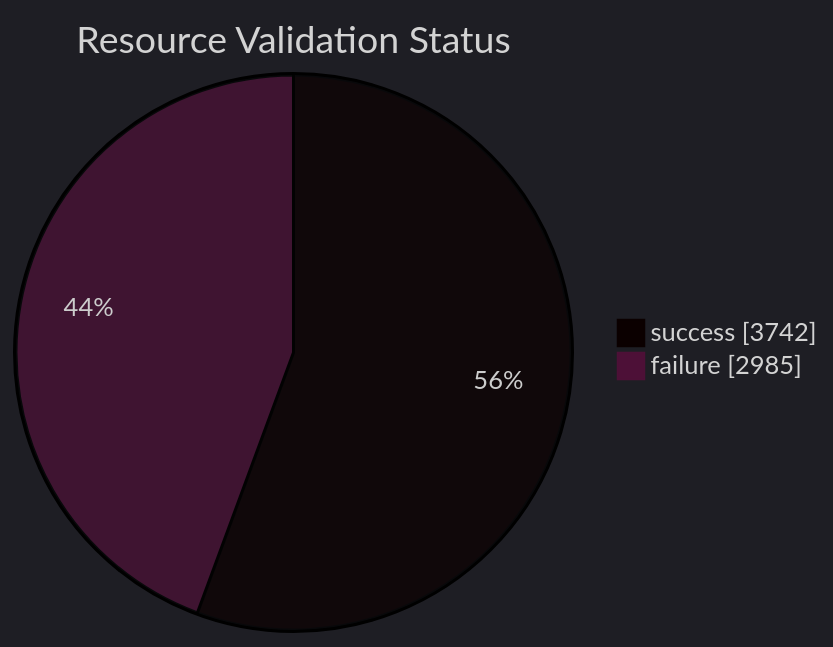
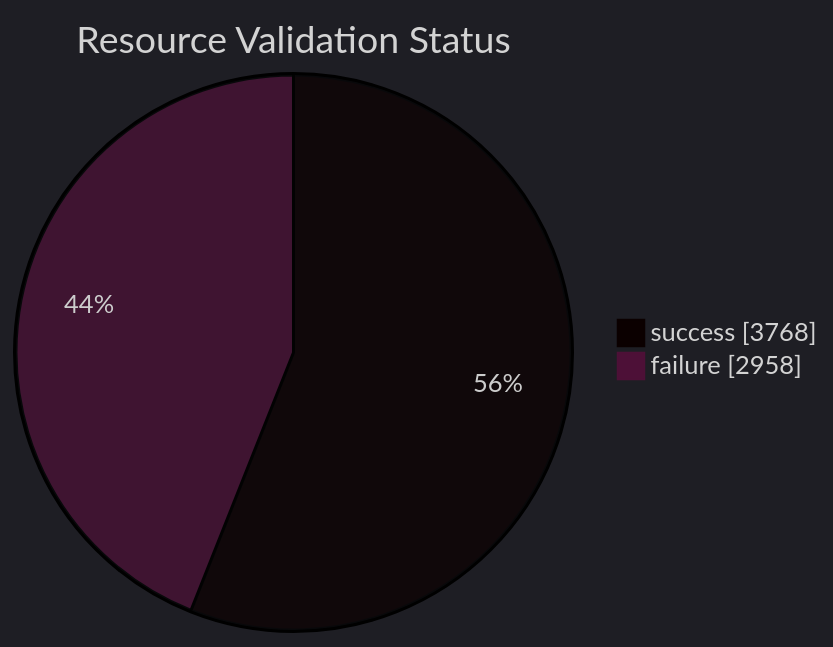
One commit to open-data/analytics-corporate-reporting changed the diagram in datastore_tracker/resource_validation_status_pie_chart.md. Above: the diagram before and after it, drawn with Mermaid. The commit also changed 9 other files, not shown here.

````diff
--- a/datastore_tracker/resource_validation_status_pie_chart.md
+++ b/datastore_tracker/resource_validation_status_pie_chart.md
@@ -2,9 +2,9 @@
 ```mermaid
 ---
 config:
   theme: dark
 ---
 pie showData title Resource Validation Status
-    "success": 3742
-    "failure": 2985
+    "success": 3768
+    "failure": 2958
 ```
````
